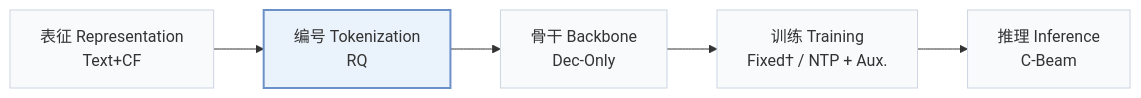
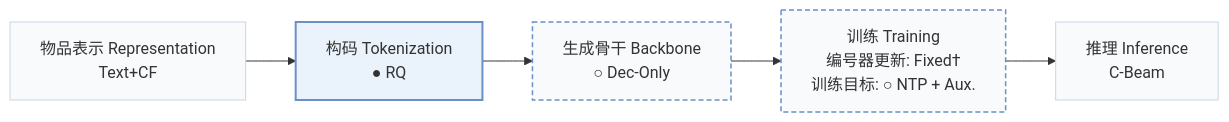
The first of 2 diagrams in pages/zh/papers/mbgr.md (Galaxy-ghost/Awesome-SID-Generative-Rec), drawn with Mermaid before and after one commit. The commit also changed other lines of this file and 558 other files, not shown here.

````diff
--- a/pages/zh/papers/mbgr.md
+++ b/pages/zh/papers/mbgr.md
@@ -15,8 +18,10 @@
 ```mermaid
 flowchart LR
-    R["表征 Representation<br/>Text+CF"] --> T["编号 Tokenization<br/>RQ"] --> B["骨干 Backbone<br/>Dec-Only"] --> TR["训练 Training<br/>Fixed† / NTP + Aux."] --> I["推理 Inference<br/>C-Beam"]
+    R["物品表示 Representation<br/>Text+CF"] --> T["构码 Tokenization<br/>● RQ"] --> B["生成骨干 Backbone<br/>○ Dec-Only"] --> TR["训练 Training<br/>编号器更新: Fixed†<br/>训练目标: ○ NTP + Aux."] --> I["推理 Inference<br/>C-Beam"]
     classDef base fill:#f8fafc,stroke:#cbd5e1
     class R,T,B,TR,I base
+    classDef other fill:#f8fafc,stroke:#6b8fc7,stroke-width:1.5px,stroke-dasharray:5 3
+    class B,TR other
     classDef main fill:#eaf2fb,stroke:#6b8fc7,stroke-width:2px
     class T main
 ```
````
